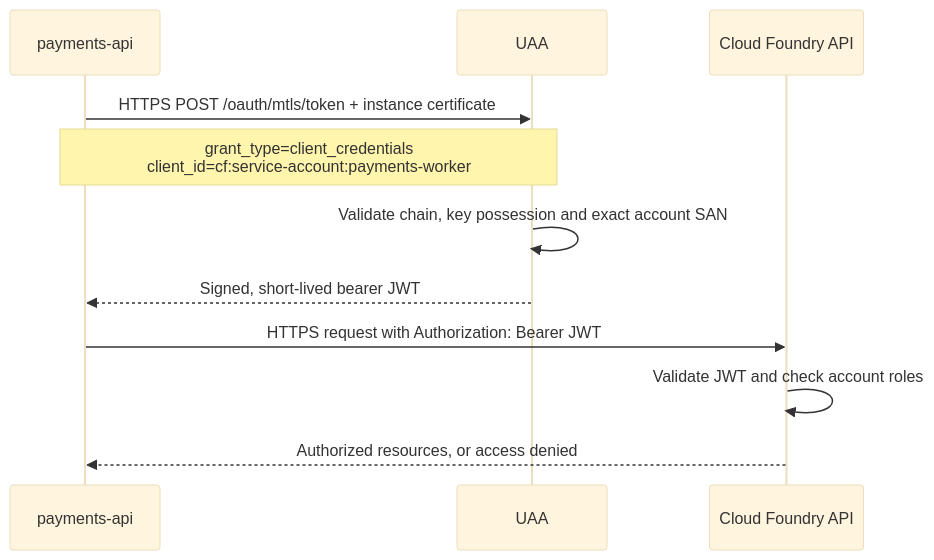
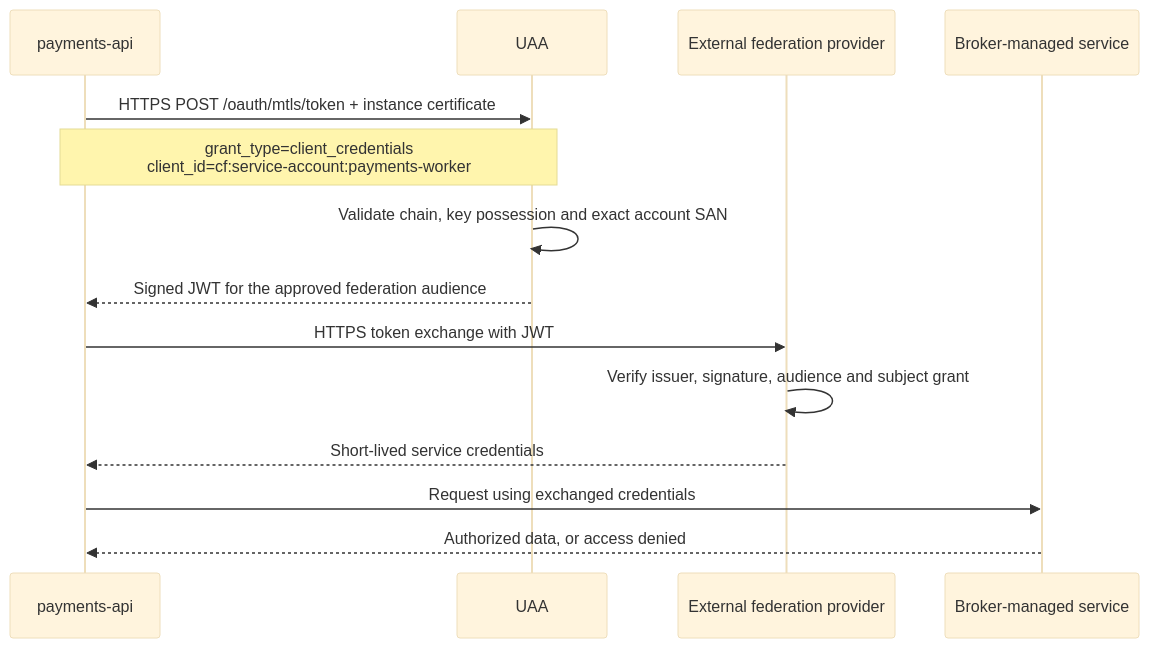
One commit to cloudfoundry/community changed the second of 3 diagrams in toc/rfc/rfc-draft-service-accounts.md. Above: the diagram before and after it, drawn with Mermaid (base theme). The commit also changed other lines of this file, not shown here.

Commit message:
Lead service-account RFC with federation and broker use cases

````diff
--- a/toc/rfc/rfc-draft-service-accounts.md
+++ b/toc/rfc/rfc-draft-service-accounts.md
@@ -100,13 +116,16 @@
 ```mermaid
 sequenceDiagram
     participant App as payments-api
     participant UAA
-    participant CAPI as Cloud Foundry API
+    participant IdP as External federation provider
+    participant Service as Broker-managed service
     App->>UAA: HTTPS POST /oauth/mtls/token + instance certificate
     Note over App,UAA: grant_type=client_credentials<br/>client_id=cf:service-account:payments-worker
     UAA->>UAA: Validate chain, key possession and exact account SAN
-    UAA-->>App: Signed, short-lived bearer JWT
-    App->>CAPI: HTTPS request with Authorization: Bearer JWT
-    CAPI->>CAPI: Validate JWT and check account roles
-    CAPI-->>App: Authorized resources, or access denied
+    UAA-->>App: Signed JWT for the approved federation audience
+    App->>IdP: HTTPS token exchange with JWT
+    IdP->>IdP: Verify issuer, signature, audience and subject grant
+    IdP-->>App: Short-lived service credentials
+    App->>Service: Request using exchanged credentials
+    Service-->>App: Authorized data, or access denied
 ```
````
